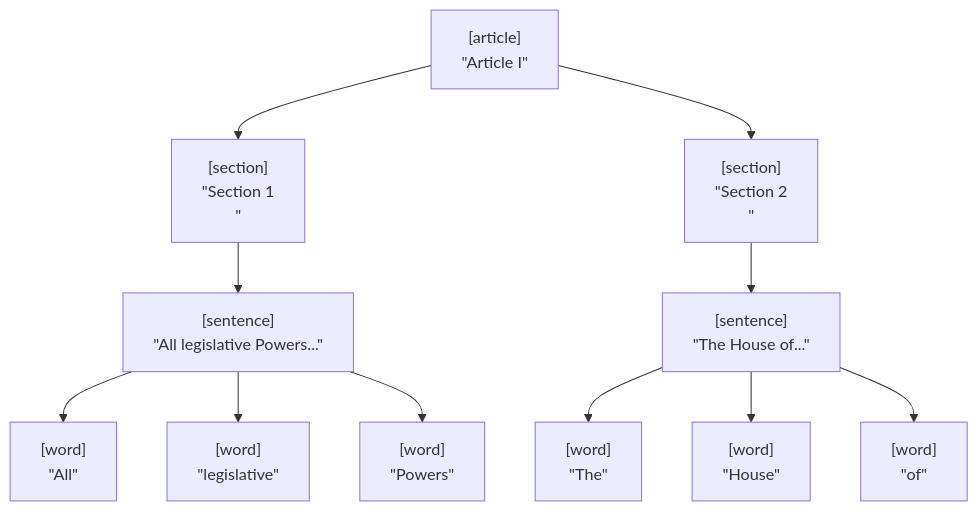
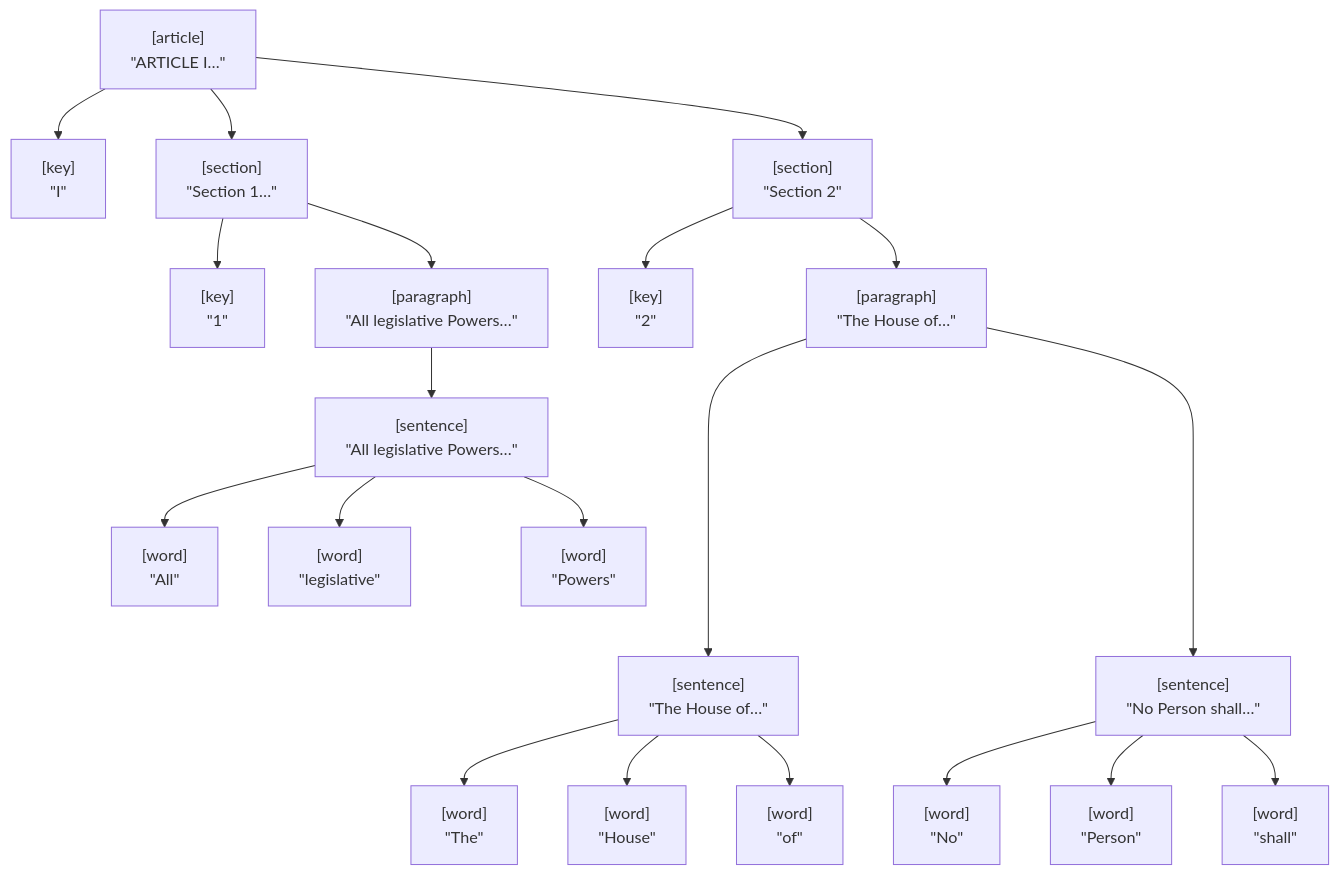
The diagram in README.md (rlayers/pawpaw), drawn with Mermaid before and after one commit. The commit also changed other lines of this file, not shown here.

````diff
--- a/README.md
+++ b/README.md
@@ -79,14 +79,23 @@
 ```mermaid
 graph TD;
-    A1["[article]<br/>#quot;ARTICLE I#quot;"]-->Sc1["[section]<br/>#quot;Section 1<br/>#quot;"];
-    Sc1-->Sn1["[sentence]<br/>#quot;All legislative Powers...#quot;"]
-    Sn1-->W1_1["[word]<br/>#quot;All#quot;"]
-    Sn1-->W1_2["[word]<br/>#quot;legislative#quot;"]
-    Sn1-->W1_3["[word]<br/>#quot;Powers#quot;"]
+    A1["[article]<br/>#quot;ARTICLE I…#quot;"]-->A1_k["[key]<br/>#quot;I#quot;"];
+    A1-->Sc1["[section]<br/>#quot;Section 1…#quot;"];
+    Sc1-->Sc1_k["[key]<br/>#quot;1#quot;"]
+    Sc1-->Sc1_p1["[paragraph]<br/>#quot;All legislative Powers…#quot;"]
+    Sc1_p1-->Sc1_p1_s1["[sentence]<br/>#quot;All legislative Powers…#quot;"]
+    Sc1_p1_s1-->Sc1_p1_s1_w1["[word]<br/>#quot;All#quot;"]
+    Sc1_p1_s1-->Sc1_p1_s1_w2["[word]<br/>#quot;legislative#quot;"]
+    Sc1_p1_s1-->Sc1_p1_s1_w3["[word]<br/>#quot;Powers#quot;"]
     
-    A1["[article]<br/>#quot;Article I#quot;"]-->Sc2["[section]<br/>#quot;Section 2<br/>#quot;"];
-    Sc2-->Sn2["[sentence]<br/>#quot;The House of...#quot;"]
-    Sn2-->W2_1["[word]<br/>#quot;The#quot;"]
-    Sn2-->W2_2["[word]<br/>#quot;House#quot;"]
-    Sn2-->W2_3["[word]<br/>#quot;of#quot;"]
+    A1-->Sc2["[section]<br/>#quot;Section 2#quot;"];
+    Sc2-->Sc2_k["[key]<br/>#quot;2#quot;"]
+    Sc2-->Sc2_p1["[paragraph]<br/>#quot;The House of…#quot;"]
+    Sc2_p1---->Sc2_p1_s1["[sentence]<br/>#quot;The House of…#quot;"]
+    Sc2_p1_s1-->Sc2_p1_s1_w1["[word]<br/>#quot;The#quot;"]
+    Sc2_p1_s1-->Sc2_p1_s1_w2["[word]<br/>#quot;House#quot;"]
+    Sc2_p1_s1-->Sc2_p1_s1_w3["[word]<br/>#quot;of#quot;"]
+    Sc2_p1---->Sc2_p1_s2["[sentence]<br/>#quot;No Person shall…#quot;"]
+    Sc2_p1_s2-->Sc2_p1_s2_w1["[word]<br/>#quot;No#quot;"]
+    Sc2_p1_s2-->Sc2_p1_s2_w2["[word]<br/>#quot;Person#quot;"]
+    Sc2_p1_s2-->Sc2_p1_s2_w3["[word]<br/>#quot;shall#quot;"]
 ```
````
